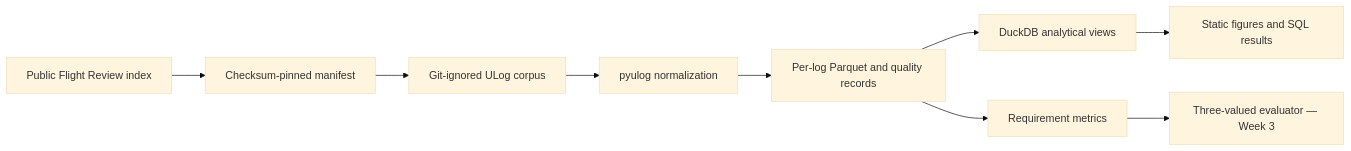
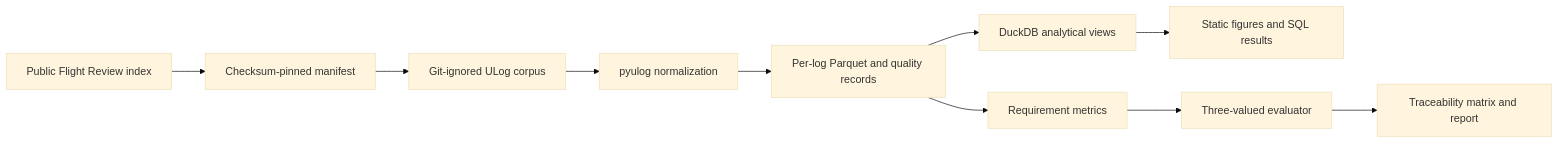
One commit to Sevens-Dev/px4-reqcheck changed the diagram in README.md. Above: the diagram before and after it, drawn with Mermaid (base theme). The commit also changed other lines of this file, not shown here.

````diff
--- a/README.md
+++ b/README.md
@@ -18,11 +18,12 @@
 ```mermaid
 flowchart LR
     I[Public Flight Review index] --> M[Checksum-pinned manifest]
     M --> U[Git-ignored ULog corpus]
     U --> P[pyulog normalization]
     P --> Q[Per-log Parquet and quality records]
     Q --> D[DuckDB analytical views]
     Q --> R[Requirement metrics]
     D --> F[Static figures and SQL results]
-    R --> E[Three-valued evaluator — Week 3]
+    R --> E[Three-valued evaluator]
+    E --> T[Traceability matrix and report]
 ```
````
